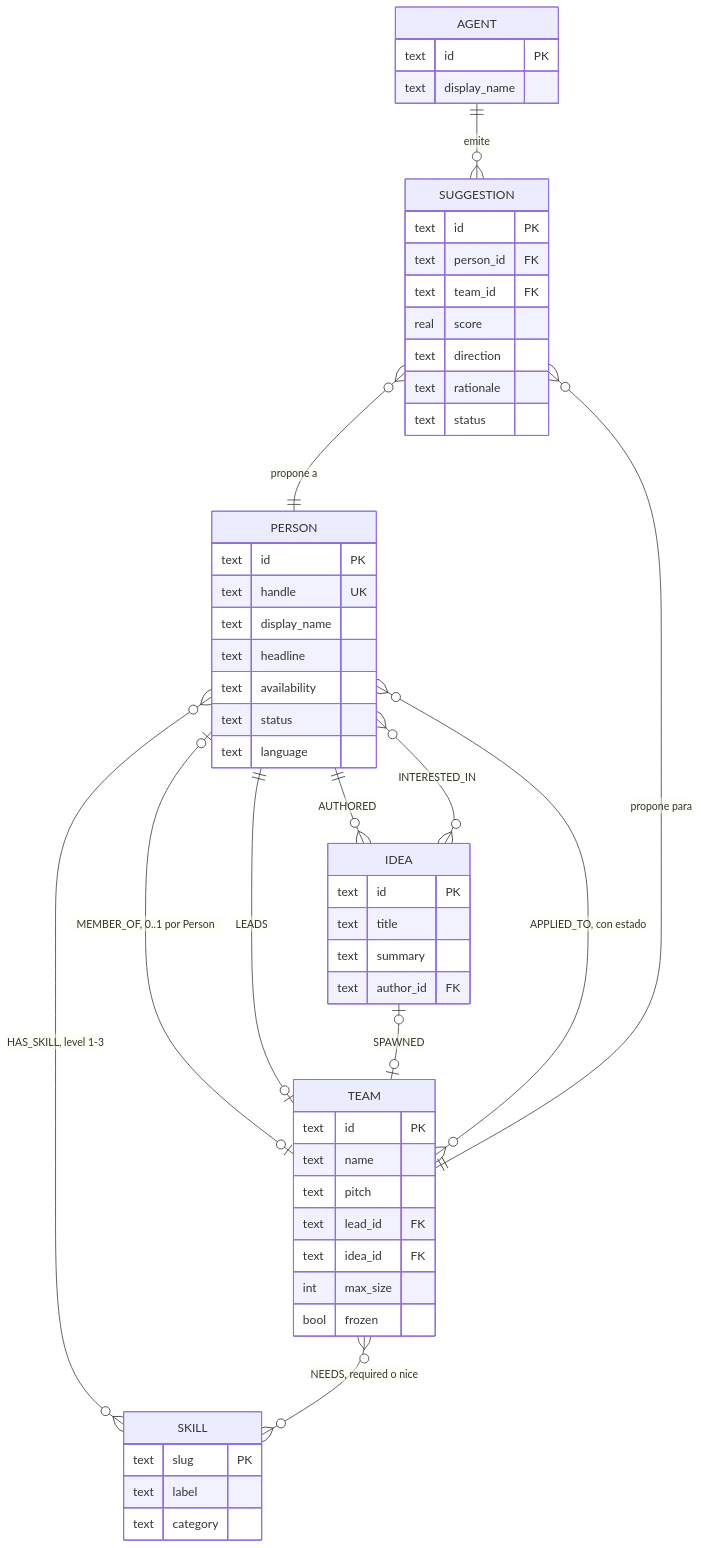
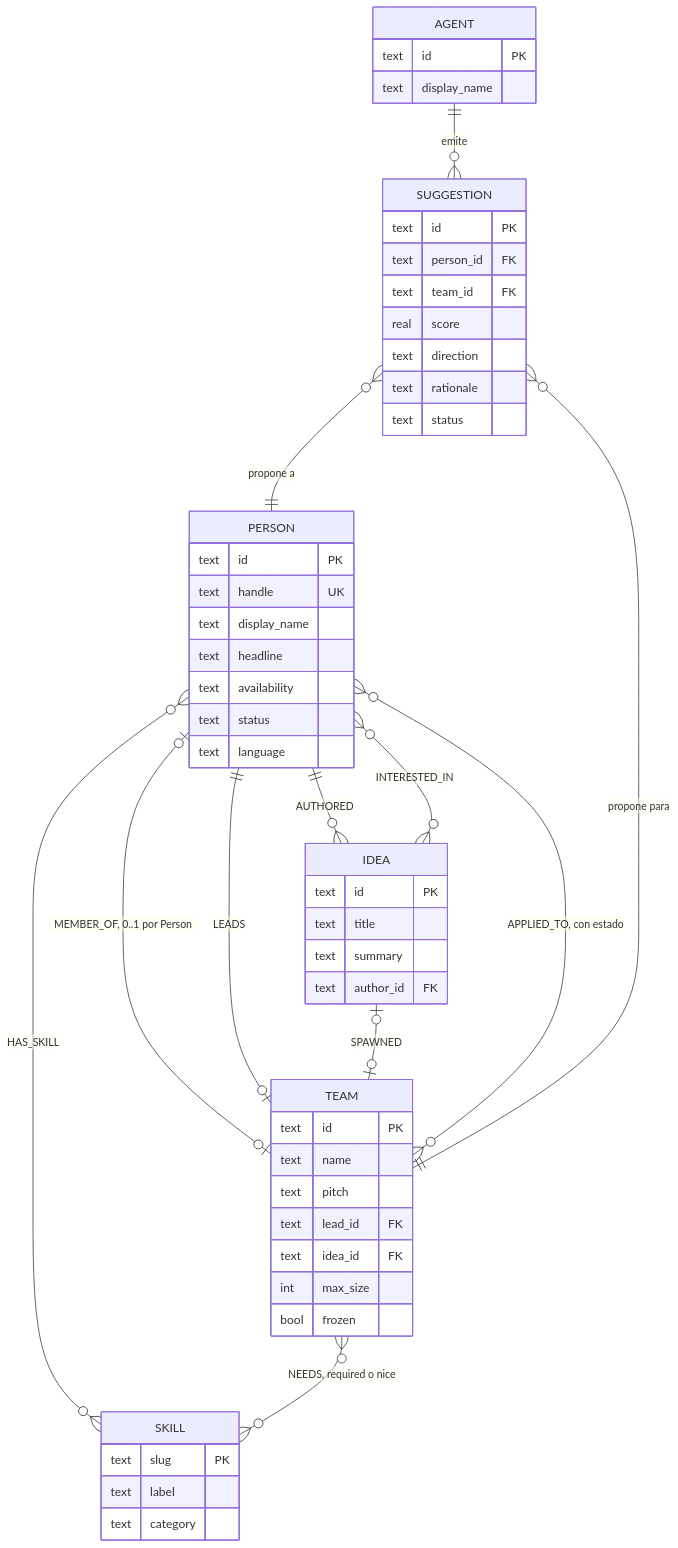
One commit to Edwarmkaer/nodo_web changed the first of 4 diagrams in docs/02-domain-model.md. Above: the diagram before and after it, drawn with Mermaid. The commit also changed other lines of this file and 106 other files, not shown here.

````diff
--- a/docs/02-domain-model.md
+++ b/docs/02-domain-model.md
@@ -20,57 +20,57 @@
 ```mermaid
 erDiagram
     PERSON {
         text id PK
         text handle UK
         text display_name
         text headline
         text availability
         text status
         text language
     }
     TEAM {
         text id PK
         text name
         text pitch
         text lead_id FK
         text idea_id FK
         int  max_size
         bool frozen
     }
     IDEA {
         text id PK
         text title
         text summary
         text author_id FK
     }
     SKILL {
         text slug PK
         text label
         text category
     }
     AGENT {
         text id PK
         text display_name
     }
     SUGGESTION {
         text id PK
         text person_id FK
         text team_id FK
         real score
         text direction
         text rationale
         text status
     }
 
-    PERSON     }o--o{ SKILL      : "HAS_SKILL, level 1-3"
+    PERSON     }o--o{ SKILL      : "HAS_SKILL"
     TEAM       }o--o{ SKILL      : "NEEDS, required o nice"
     PERSON     |o--o| TEAM       : "MEMBER_OF, 0..1 por Person"
     PERSON     ||--o| TEAM       : "LEADS"
     PERSON     ||--o{ IDEA       : "AUTHORED"
     PERSON     }o--o{ IDEA       : "INTERESTED_IN"
     IDEA       |o--o| TEAM       : "SPAWNED"
     PERSON     }o--o{ TEAM       : "APPLIED_TO, con estado"
     AGENT      ||--o{ SUGGESTION : "emite"
     SUGGESTION }o--|| PERSON     : "propone a"
     SUGGESTION }o--|| TEAM       : "propone para"
 ```
````
